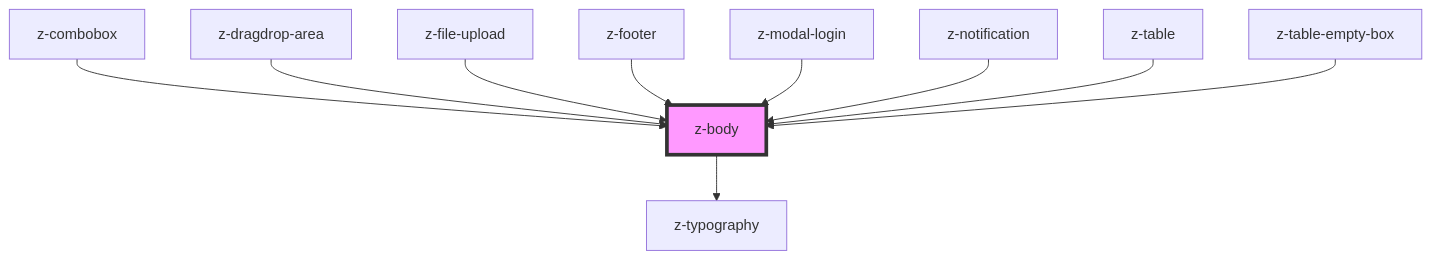
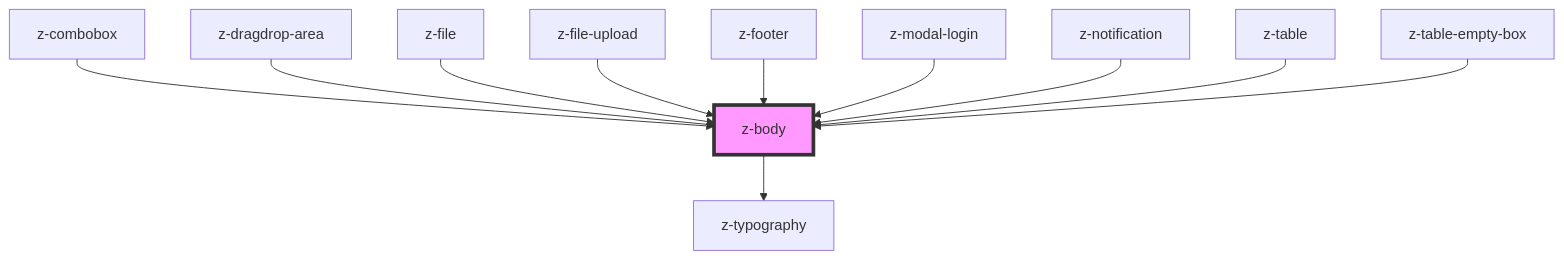
Before and after one commit to ZanichelliEditore/design-system: the diagram in src/components/typography/z-body/readme.md, drawn with Mermaid. The commit also changed other lines of this file and 4 other files, not shown here.

````diff
--- a/src/components/typography/z-body/readme.md
+++ b/src/components/typography/z-body/readme.md
@@ -33,13 +34,14 @@
 ```mermaid
 graph TD;
   z-body --> z-typography
   z-combobox --> z-body
   z-dragdrop-area --> z-body
+  z-file --> z-body
   z-file-upload --> z-body
   z-footer --> z-body
   z-modal-login --> z-body
   z-notification --> z-body
   z-table --> z-body
   z-table-empty-box --> z-body
   style z-body fill:#f9f,stroke:#333,stroke-width:4px
 ```
````
